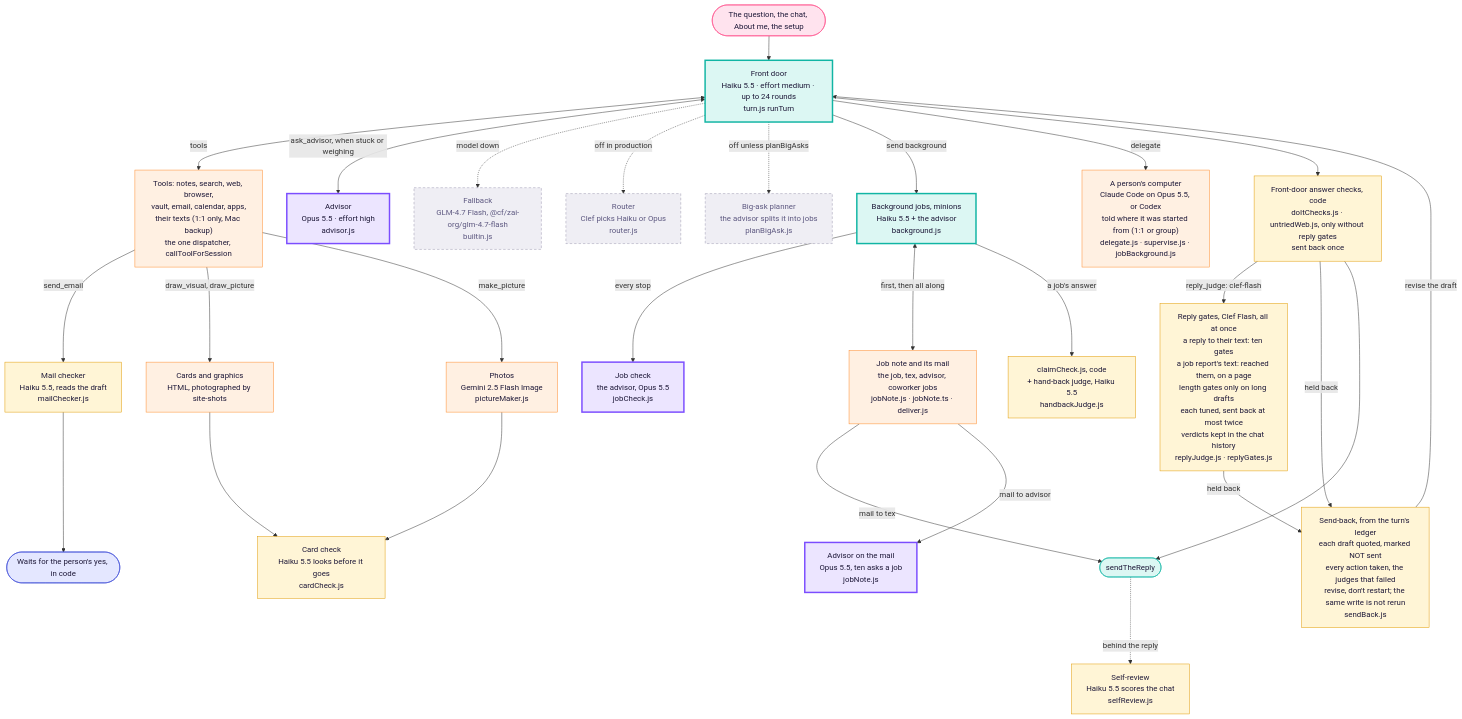
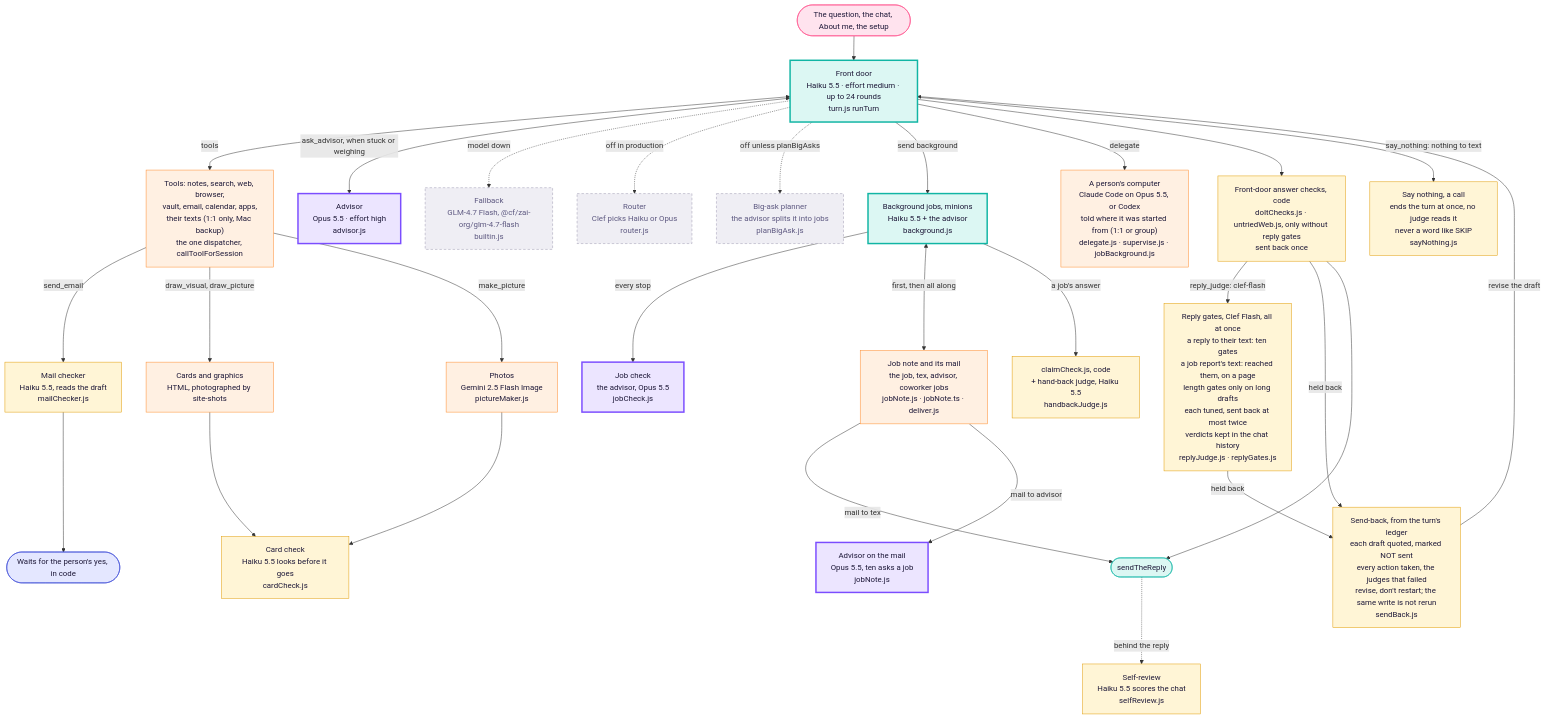
One commit to Supa-Media/context changed the third of 3 diagrams in docs/architecture/tex.md. Above: the diagram before and after it, drawn with Mermaid. The commit also changed other lines of this file and 26 other files, not shown here.

First line of the commit message:
Tex: say nothing with a call, never SKIP; a tapback never holds a group reply; job_status shows the whole report

````diff
--- a/docs/architecture/tex.md
+++ b/docs/architecture/tex.md
@@ -111,42 +111,43 @@
 ```mermaid
 flowchart TB
   Q([The question, the chat, About me, the setup]):::you --> FD
   FD["Front door<br/>Haiku 5.5 · effort medium · up to 24 rounds<br/>turn.js runTurn"]:::haiku
   FD <-->|tools| T["Tools: notes, search, web, browser,<br/>vault, email, calendar, apps,<br/>their texts (1:1 only, Mac backup)<br/>the one dispatcher, callToolForSession"]:::tool
   FD <-->|ask_advisor, when stuck or weighing| ADV["Advisor<br/>Opus 5.5 · effort high<br/>advisor.js"]:::opus
   FD -. model down .-> FB["Fallback<br/>GLM-4.7 Flash, @cf/zai-org/glm-4.7-flash<br/>builtin.js"]:::off
   FD -. off in production .-> RT["Router<br/>Clef picks Haiku or Opus<br/>router.js"]:::off
   FD -. off unless planBigAsks .-> PL["Big-ask planner<br/>the advisor splits it into jobs<br/>planBigAsk.js"]:::off
 
   FD -->|send background| JOB["Background jobs, minions<br/>Haiku 5.5 + the advisor<br/>background.js"]:::haiku
   JOB -->|every stop| JC["Job check<br/>the advisor, Opus 5.5<br/>jobCheck.js"]:::opus
   JOB <-->|first, then all along| JN["Job note and its mail<br/>the job, tex, advisor, coworker jobs<br/>jobNote.js · jobNote.ts · deliver.js"]:::tool
   JN -->|mail to tex| SEND
   JN -->|mail to advisor| JNA["Advisor on the mail<br/>Opus 5.5, ten asks a job<br/>jobNote.js"]:::opus
   JOB -->|a job's answer| JCK["claimCheck.js, code<br/>+ hand-back judge, Haiku 5.5<br/>handbackJudge.js"]:::judge
   FD -->|delegate| DL["A person's computer<br/>Claude Code on Opus 5.5, or Codex<br/>told where it was started from (1:1 or group)<br/>delegate.js · supervise.js · jobBackground.js"]:::tool
 
   T -->|send_email| MC["Mail checker<br/>Haiku 5.5, reads the draft<br/>mailChecker.js"]:::judge
   MC --> YES([Waits for the person's yes, in code]):::rail
   T -->|draw_visual, draw_picture| PIC["Cards and graphics<br/>HTML, photographed by site-shots"]:::tool
   T -->|make_picture| IMG["Photos<br/>Gemini 2.5 Flash Image<br/>pictureMaker.js"]:::tool
   PIC --> CC["Card check<br/>Haiku 5.5 looks before it goes<br/>cardCheck.js"]:::judge
   IMG --> CC
 
   FD --> CHK["Front-door answer checks, code<br/>doItChecks.js · untriedWeb.js, only without reply gates<br/>sent back once"]:::judge
+  FD -->|say_nothing: nothing to text| QT["Say nothing, a call<br/>ends the turn at once, no judge reads it<br/>never a word like SKIP<br/>sayNothing.js"]:::judge
   CHK -->|reply_judge: clef-flash| RJ["Reply gates, Clef Flash, all at once<br/>a reply to their text: ten gates<br/>a job report's text: reached them, on a page<br/>length gates only on long drafts<br/>each tuned, sent back at most twice<br/>verdicts kept in the chat history<br/>replyJudge.js · replyGates.js"]:::judge
   CHK -->|held back| SB["Send-back, from the turn's ledger<br/>each draft quoted, marked NOT sent<br/>every action taken, the judges that failed<br/>revise, don't restart; the same write is not rerun<br/>sendBack.js"]:::judge
   RJ -->|held back| SB
   SB -->|revise the draft| FD
   CHK --> SEND([sendTheReply]):::door
   SEND -. behind the reply .-> SR["Self-review<br/>Haiku 5.5 scores the chat<br/>selfReview.js"]:::judge
 
   classDef you fill:#ffe3ee,stroke:#ff4f8b,color:#1d1838
   classDef haiku fill:#dcf7f3,stroke:#11b5a4,stroke-width:3px,color:#1d1838
   classDef opus fill:#ece5ff,stroke:#7b4dff,stroke-width:3px,color:#1d1838
   classDef judge fill:#fff5d6,stroke:#e09a00,color:#1d1838
   classDef tool fill:#fff0e2,stroke:#ff8a2a,color:#1d1838
   classDef rail fill:#e4e7ff,stroke:#3c4bd6,color:#1d1838
   classDef door fill:#dcf7f3,stroke:#11b5a4,color:#1d1838
   classDef off fill:#efeef4,stroke:#9a97b0,stroke-dasharray:5 4,color:#5d5880
 ```
````
